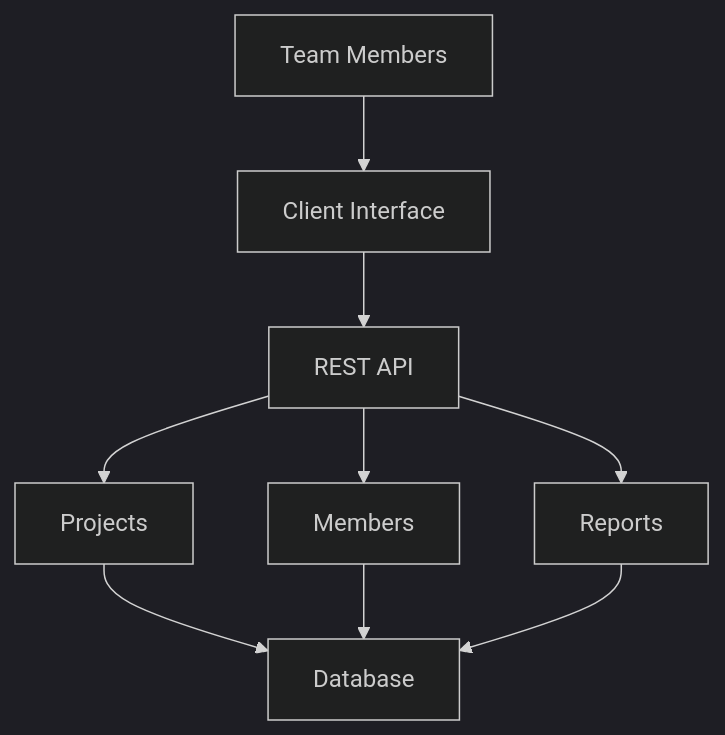
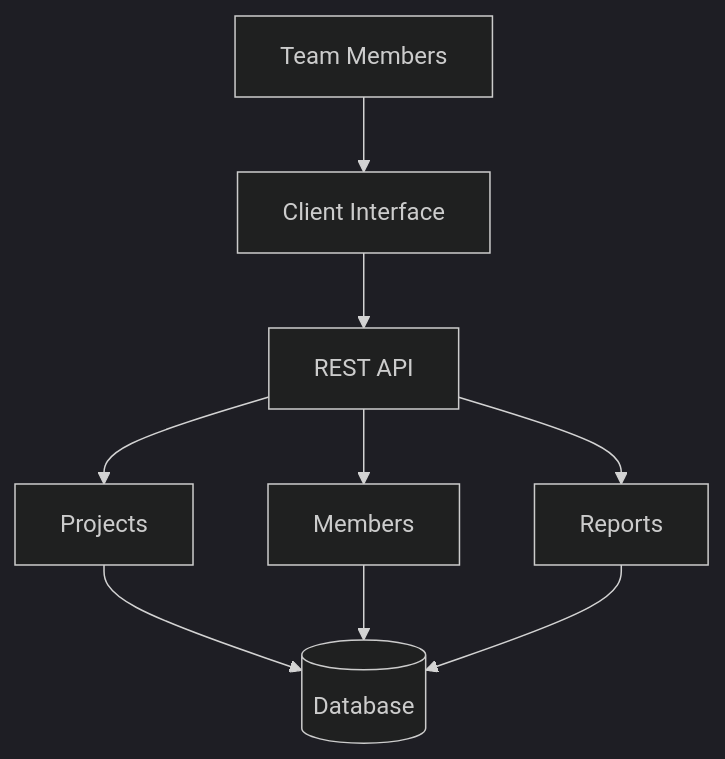
Before and after one commit to ali-dev26/teamflow-workspace: the diagram in workspace-architecture.md, drawn with Mermaid (dark theme).

Commit message:
workspace-architecture.md

````diff
--- a/workspace-architecture.md
+++ b/workspace-architecture.md
@@ -3,11 +3,11 @@
 ```mermaid
-graph TD
-A[Team Members] --> B[Client Interface]
-B --> C[REST API]
-C --> D[Projects]
-C --> E[Members]
-C --> F[Reports]
-D --> G[Database]
-E --> G
-F --> G
+flowchart TD
+    A["Team Members"] --> B["Client Interface"]
+    B --> C["REST API"]
+    C --> D["Projects"]
+    C --> E["Members"]
+    C --> F["Reports"]
+    D --> G[("Database")]
+    E --> G
+    F --> G
 ```
````
